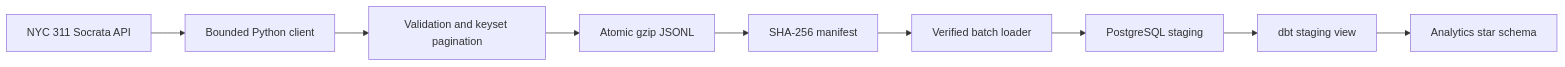
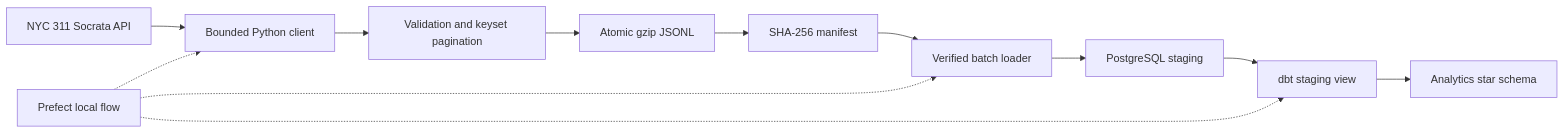
Before and after one commit to Neloy4321/DataForge-360: the first of 2 diagrams in docs/ARCHITECTURE.md, drawn with Mermaid. The commit also changed other lines of this file and 9 other files, not shown here.

````diff
--- a/docs/ARCHITECTURE.md
+++ b/docs/ARCHITECTURE.md
@@ -5,11 +5,14 @@
 ```mermaid
 flowchart LR
     A[NYC 311 Socrata API] --> B[Bounded Python client]
     B --> C[Validation and keyset pagination]
     C --> D[Atomic gzip JSONL]
     D --> E[SHA-256 manifest]
     E --> F[Verified batch loader]
     F --> G[PostgreSQL staging]
     G --> H[dbt staging view]
     H --> I[Analytics star schema]
+    J[Prefect local flow] -.-> B
+    J -.-> F
+    J -.-> H
 ```
````
